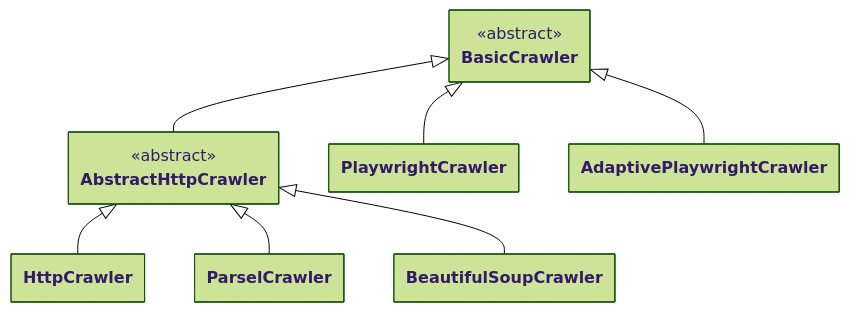
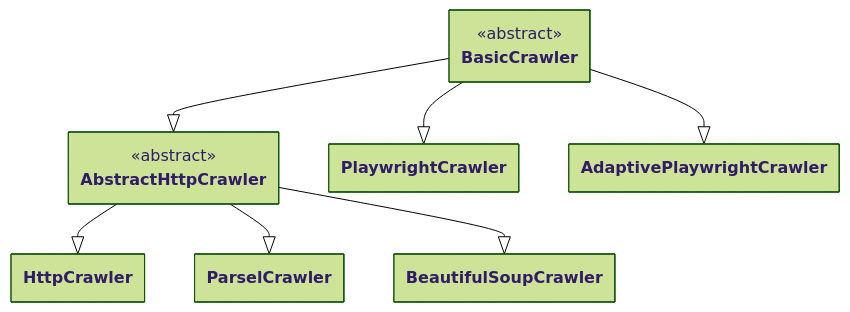
Before and after one commit to apify/crawlee-python: the first of 5 diagrams in docs/guides/architecture_overview.mdx, drawn with Mermaid (forest theme). The commit also changed other lines of this file and 9 other files, not shown here.

````diff
--- a/docs/guides/architecture_overview.mdx
+++ b/docs/guides/architecture_overview.mdx
@@ -21,46 +21,46 @@
 ```mermaid
 ---
 config:
     class:
         hideEmptyMembersBox: true
 ---
 
 classDiagram
 
 %% ========================
 %% Abstract classes
 %% ========================
 
 class BasicCrawler {
     <<abstract>>
 }
 
 class AbstractHttpCrawler {
     <<abstract>>
 }
 
 %% ========================
 %% Specific classes
 %% ========================
 
 class HttpCrawler
 
 class ParselCrawler
 
 class BeautifulSoupCrawler
 
 class PlaywrightCrawler
 
 class AdaptivePlaywrightCrawler
 
 %% ========================
 %% Inheritance arrows
 %% ========================
 
-BasicCrawler <|-- AbstractHttpCrawler
-BasicCrawler <|-- PlaywrightCrawler
-BasicCrawler <|-- AdaptivePlaywrightCrawler
-AbstractHttpCrawler <|-- HttpCrawler
-AbstractHttpCrawler <|-- ParselCrawler
-AbstractHttpCrawler <|-- BeautifulSoupCrawler
+BasicCrawler --|> AbstractHttpCrawler
+BasicCrawler --|> PlaywrightCrawler
+BasicCrawler --|> AdaptivePlaywrightCrawler
+AbstractHttpCrawler --|> HttpCrawler
+AbstractHttpCrawler --|> ParselCrawler
+AbstractHttpCrawler --|> BeautifulSoupCrawler
 ```
````
